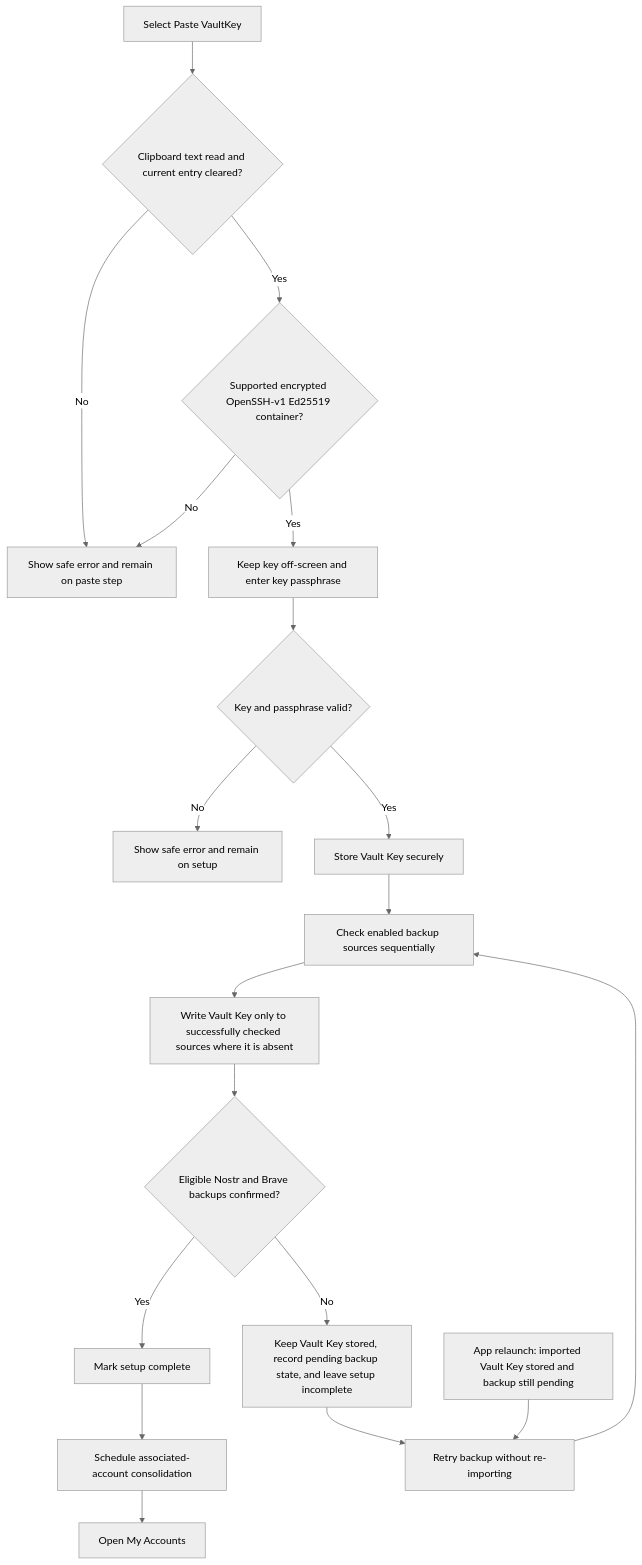
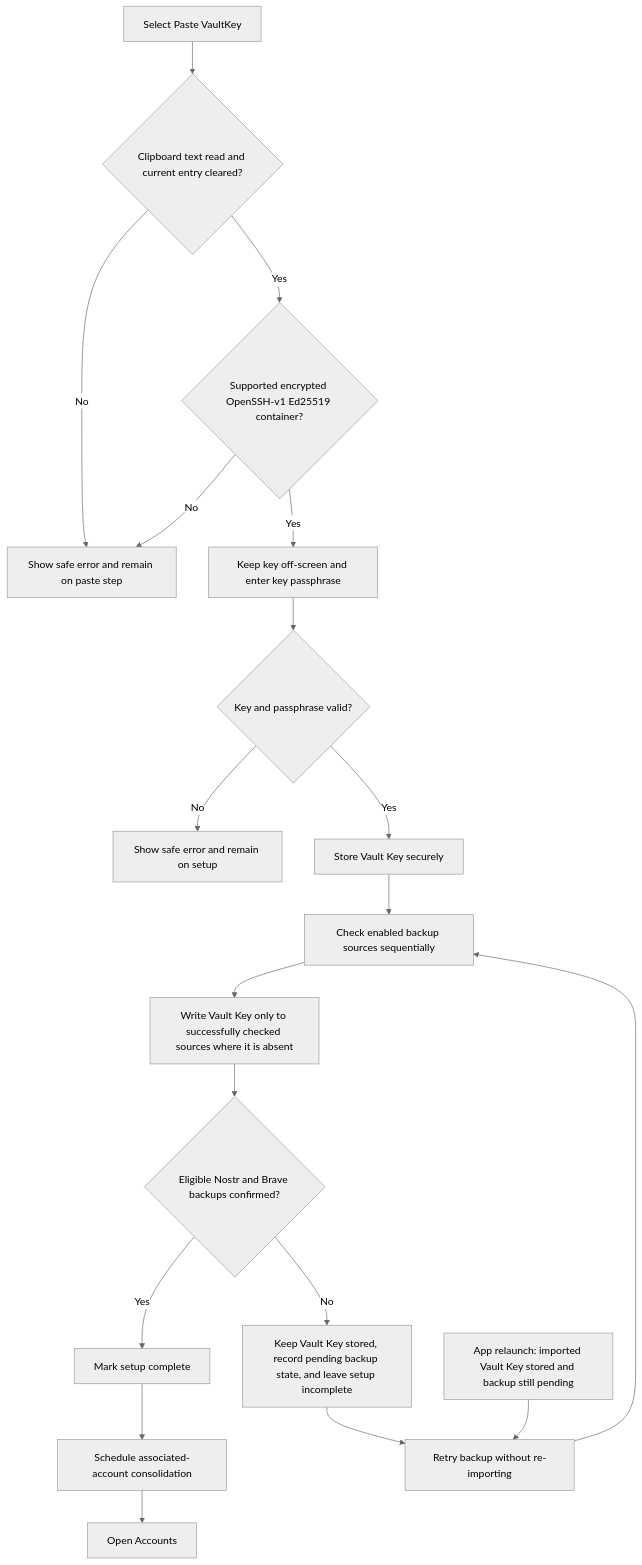
Before and after one commit to ZenTenApp/vault-kotlin: the second of 8 diagrams in docs/stakeholder/flowcharts.md, drawn with Mermaid (neutral theme). The commit also changed other lines of this file and 12 other files, not shown here.

First line of the commit message:
docs(architecture): resolve Wave 3 drift in behavior and UI descriptions

````diff
--- a/docs/stakeholder/flowcharts.md
+++ b/docs/stakeholder/flowcharts.md
@@ -111,21 +111,21 @@
 ```mermaid
 flowchart TD
     Start["Select Paste VaultKey"] --> Clipboard{"Clipboard text read and current entry cleared?"}
     Clipboard -->|No| PasteError["Show safe error and remain on paste step"]
     Clipboard -->|Yes| KeyFormat{"Supported encrypted OpenSSH-v1 Ed25519 container?"}
     KeyFormat -->|No| PasteError
     KeyFormat -->|Yes| Passphrase["Keep key off-screen and enter key passphrase"]
     Passphrase --> Validate{"Key and passphrase valid?"}
     Validate -->|No| Error["Show safe error and remain on setup"]
     Validate -->|Yes| Store["Store Vault Key securely"]
     Store --> Sources["Check enabled backup sources sequentially"]
     Sources --> Missing["Write Vault Key only to successfully checked sources where it is absent"]
     Missing --> Quorum{"Eligible Nostr and Brave backups confirmed?"}
     Quorum -->|Yes| Complete["Mark setup complete"]
     Complete --> Schedule["Schedule associated-account consolidation"]
-    Schedule --> Accounts["Open My Accounts"]
+    Schedule --> Accounts["Open Accounts"]
     Quorum -->|No| Incomplete["Keep Vault Key stored, record pending backup state, and leave setup incomplete"]
     Incomplete --> Retry["Retry backup without re-importing"]
     Retry --> Sources
     Resume["App relaunch: imported Vault Key stored and backup still pending"] --> Retry
 ```
````
